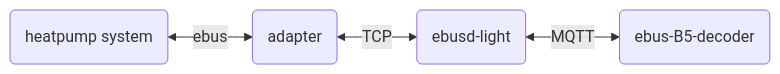
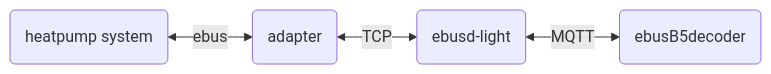
Before and after one commit to makischu/ebusd-light-B5: the second of 2 diagrams in README.md, drawn with Mermaid. The commit also changed other lines of this file and 1 other file, not shown here.

````diff
--- a/README.md
+++ b/README.md
@@ -83,4 +83,4 @@
 ```mermaid
 flowchart LR
-a(heatpump system) <-->|ebus|b(adapter) <-->|TCP|c(ebusd-light) <-->|MQTT|d(ebus-B5-decoder)
+a(heatpump system) <-->|ebus|b(adapter) <-->|TCP|c(ebusd-light) <-->|MQTT|d(ebusB5decoder)
 ```
````
